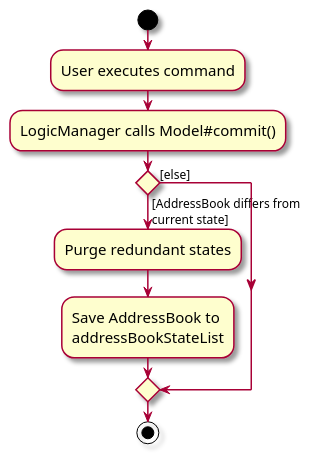
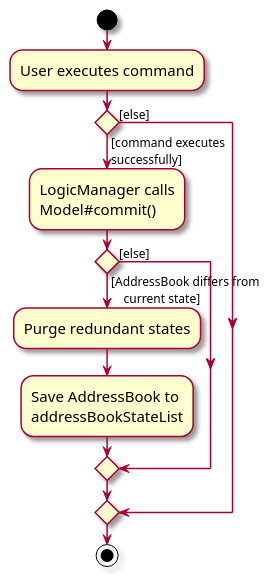
One commit to AY2627S1-CS2103T-T13-1/tp changed the diagram in docs/diagrams/CommitActivityDiagram.puml. Above: the diagram before and after it, drawn with PlantUML. The commit also changed 3 other files, not shown here.

First line of the commit message:
Match undo/redo diagrams with the code

```diff
--- a/docs/diagrams/CommitActivityDiagram.puml
+++ b/docs/diagrams/CommitActivityDiagram.puml
@@ -1,20 +1,25 @@
 @startuml
 skin rose
 skinparam ActivityFontSize 15
 skinparam ArrowFontSize 12
 start
 :User executes command;
-:LogicManager calls Model#commit();
 
 'Since the beta syntax does not support placing the condition outside the
 'diamond we place it as the true branch instead.
 
-if () then ([AddressBook differs from
-current state])
-    :Purge redundant states;
-    :Save AddressBook to
-    addressBookStateList;
+if () then ([command executes
+successfully])
+    :LogicManager calls
+    Model#commit();
+    if () then ([AddressBook differs from
+    current state])
+        :Purge redundant states;
+        :Save AddressBook to
+        addressBookStateList;
+    else ([else])
+    endif
 else ([else])
 endif
 stop
 @enduml
```
